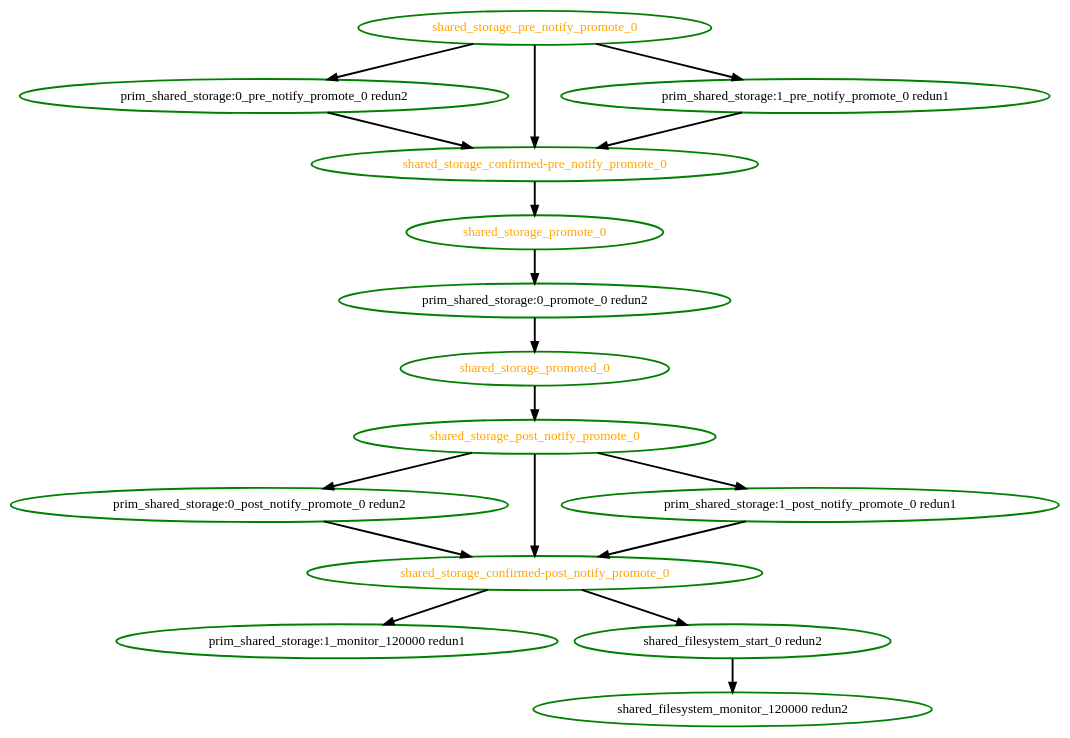
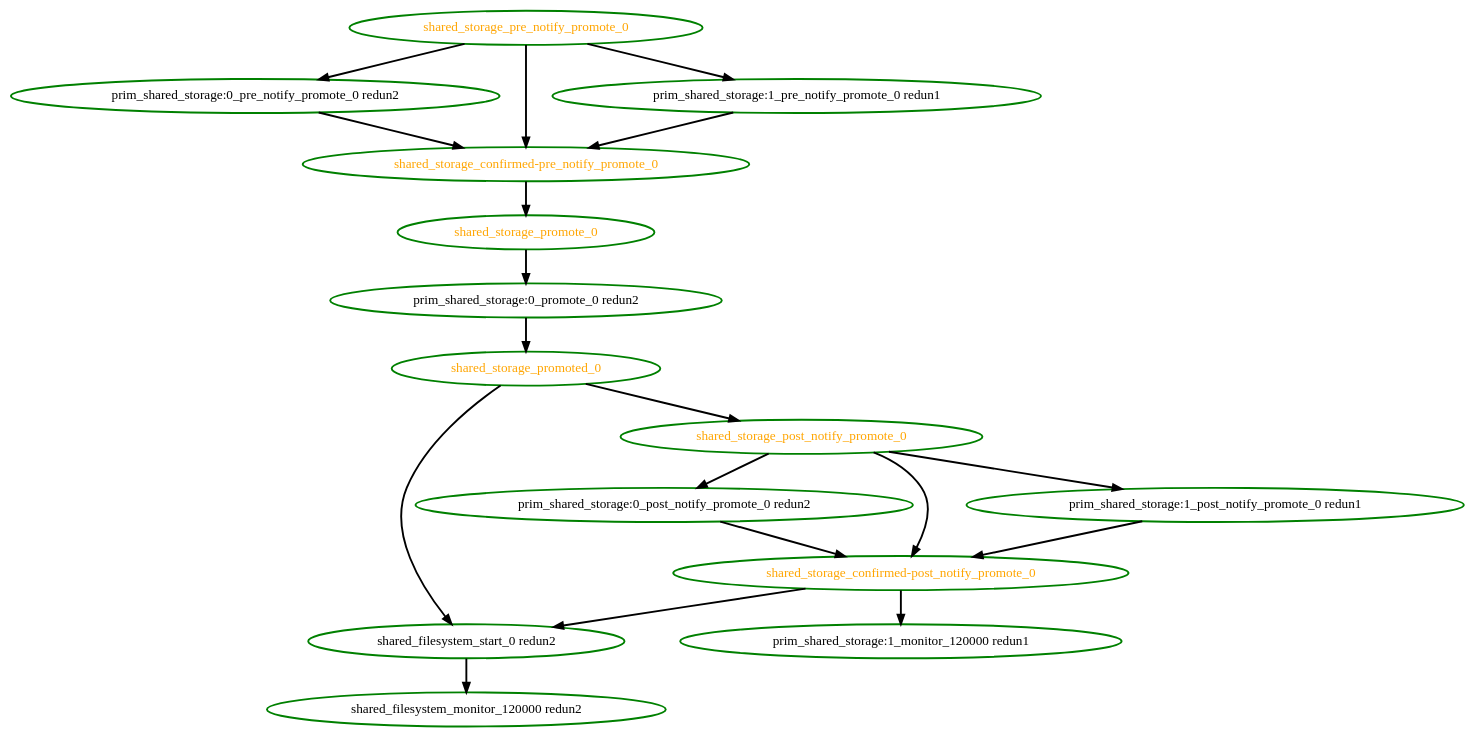
The diagram in pengine/testcases/bug-1685.dot (linux-ha-japan/pm_diskd), drawn with Graphviz before and after one commit. The commit also changed 23 other files, not shown here.

```diff
--- a/pengine/testcases/bug-1685.dot
+++ b/pengine/testcases/bug-1685.dot
@@ -1,33 +1,34 @@
 digraph "g" {
 "prim_shared_storage:0_post_notify_promote_0 redun2" -> "shared_storage_confirmed-post_notify_promote_0" [ style = bold]
 "prim_shared_storage:0_post_notify_promote_0 redun2" [ style=bold color="green" fontcolor="black"  ]
 "prim_shared_storage:0_pre_notify_promote_0 redun2" -> "shared_storage_confirmed-pre_notify_promote_0" [ style = bold]
 "prim_shared_storage:0_pre_notify_promote_0 redun2" [ style=bold color="green" fontcolor="black"  ]
 "prim_shared_storage:0_promote_0 redun2" -> "shared_storage_promoted_0" [ style = bold]
 "prim_shared_storage:0_promote_0 redun2" [ style=bold color="green" fontcolor="black"  ]
 "prim_shared_storage:1_monitor_120000 redun1" [ style=bold color="green" fontcolor="black"  ]
 "prim_shared_storage:1_post_notify_promote_0 redun1" -> "shared_storage_confirmed-post_notify_promote_0" [ style = bold]
 "prim_shared_storage:1_post_notify_promote_0 redun1" [ style=bold color="green" fontcolor="black"  ]
 "prim_shared_storage:1_pre_notify_promote_0 redun1" -> "shared_storage_confirmed-pre_notify_promote_0" [ style = bold]
 "prim_shared_storage:1_pre_notify_promote_0 redun1" [ style=bold color="green" fontcolor="black"  ]
 "shared_filesystem_monitor_120000 redun2" [ style=bold color="green" fontcolor="black"  ]
 "shared_filesystem_start_0 redun2" -> "shared_filesystem_monitor_120000 redun2" [ style = bold]
 "shared_filesystem_start_0 redun2" [ style=bold color="green" fontcolor="black"  ]
 "shared_storage_confirmed-post_notify_promote_0" -> "prim_shared_storage:1_monitor_120000 redun1" [ style = bold]
 "shared_storage_confirmed-post_notify_promote_0" -> "shared_filesystem_start_0 redun2" [ style = bold]
 "shared_storage_confirmed-post_notify_promote_0" [ style=bold color="green" fontcolor="orange"  ]
 "shared_storage_confirmed-pre_notify_promote_0" -> "shared_storage_promote_0" [ style = bold]
 "shared_storage_confirmed-pre_notify_promote_0" [ style=bold color="green" fontcolor="orange"  ]
 "shared_storage_post_notify_promote_0" -> "prim_shared_storage:0_post_notify_promote_0 redun2" [ style = bold]
 "shared_storage_post_notify_promote_0" -> "prim_shared_storage:1_post_notify_promote_0 redun1" [ style = bold]
 "shared_storage_post_notify_promote_0" -> "shared_storage_confirmed-post_notify_promote_0" [ style = bold]
 "shared_storage_post_notify_promote_0" [ style=bold color="green" fontcolor="orange"  ]
 "shared_storage_pre_notify_promote_0" -> "prim_shared_storage:0_pre_notify_promote_0 redun2" [ style = bold]
 "shared_storage_pre_notify_promote_0" -> "prim_shared_storage:1_pre_notify_promote_0 redun1" [ style = bold]
 "shared_storage_pre_notify_promote_0" -> "shared_storage_confirmed-pre_notify_promote_0" [ style = bold]
 "shared_storage_pre_notify_promote_0" [ style=bold color="green" fontcolor="orange"  ]
 "shared_storage_promote_0" -> "prim_shared_storage:0_promote_0 redun2" [ style = bold]
 "shared_storage_promote_0" [ style=bold color="green" fontcolor="orange"  ]
+"shared_storage_promoted_0" -> "shared_filesystem_start_0 redun2" [ style = bold]
 "shared_storage_promoted_0" -> "shared_storage_post_notify_promote_0" [ style = bold]
 "shared_storage_promoted_0" [ style=bold color="green" fontcolor="orange"  ]
 }
```
